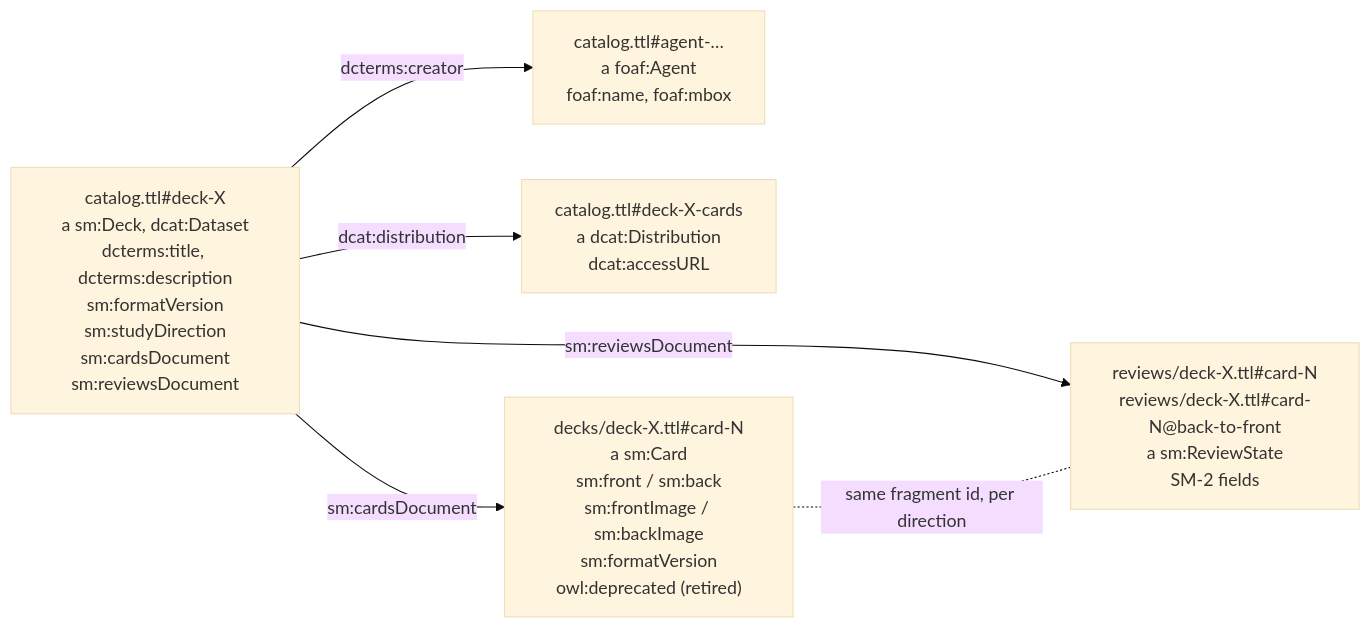
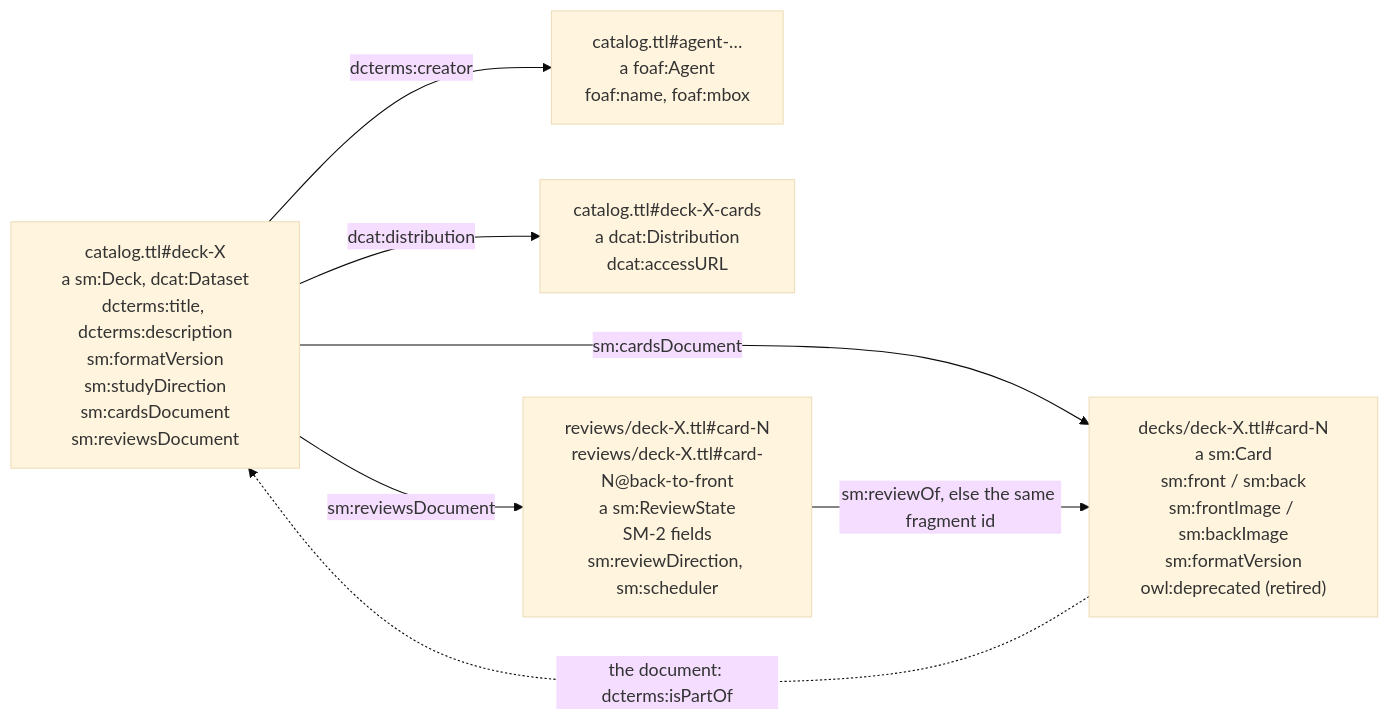
One commit to solid-memo/website changed the third of 4 diagrams in docs/data-model.md. Above: the diagram before and after it, drawn with Mermaid (base theme). The commit also changed other lines of this file and 41 other files, not shown here.

First line of the commit message:
Say in the data which card a review state is of, and by which scheduler

````diff
--- a/docs/data-model.md
+++ b/docs/data-model.md
@@ -161,13 +165,14 @@
 ```mermaid
 graph LR
     C["catalog.ttl#deck-X<br/>a sm:Deck, dcat:Dataset<br/>dcterms:title, dcterms:description<br/>sm:formatVersion<br/>sm:studyDirection<br/>sm:cardsDocument<br/>sm:reviewsDocument"]
     A["catalog.ttl#agent-…<br/>a foaf:Agent<br/>foaf:name, foaf:mbox"]
     X["catalog.ttl#deck-X-cards<br/>a dcat:Distribution<br/>dcat:accessURL"]
     C -->|dcterms:creator| A
     C -->|dcat:distribution| X
     D["decks/deck-X.ttl#card-N<br/>a sm:Card<br/>sm:front / sm:back<br/>sm:frontImage / sm:backImage<br/>sm:formatVersion<br/>owl:deprecated (retired)"]
-    R["reviews/deck-X.ttl#card-N<br/>reviews/deck-X.ttl#card-N@back-to-front<br/>a sm:ReviewState<br/>SM-2 fields"]
+    R["reviews/deck-X.ttl#card-N<br/>reviews/deck-X.ttl#card-N@back-to-front<br/>a sm:ReviewState<br/>SM-2 fields<br/>sm:reviewDirection, sm:scheduler"]
     C -->|sm:cardsDocument| D
     C -->|sm:reviewsDocument| R
-    D -. same fragment id, per direction .- R
+    D -.->|the document: dcterms:isPartOf| C
+    R -->|sm:reviewOf, else the same fragment id| D
 ```
````
